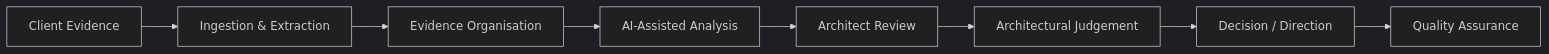
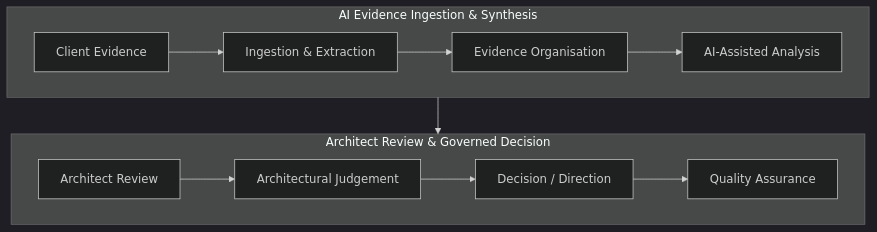
The eighth of 11 diagrams in docs/sop/index.md (avfranco-br/portfolio), drawn with Mermaid (dark theme) before and after one commit. The commit also changed other lines of this file and 9 other files, not shown here.

Commit message:
[Spec Kit] Refactor Mermaid diagrams for legibility and add responsive container styling

````diff
--- a/docs/sop/index.md
+++ b/docs/sop/index.md
@@ -509,18 +514,18 @@
 ```mermaid
-flowchart LR
-    E["Client Evidence"]
-    I["Ingestion & Extraction"]
-    O["Evidence Organisation"]
-    A["AI-Assisted Analysis"]
-    H["Architect Review"]
-    J["Architectural Judgement"]
-    D["Decision / Direction"]
-    Q["Quality Assurance"]
-    E --> I
-    I --> O
-    O --> A
+flowchart TD
+    subgraph AI_Synthesis["AI Evidence Ingestion & Synthesis"]
+        direction LR
+        E["Client Evidence"] --> I["Ingestion & Extraction"]
+        I --> O["Evidence Organisation"]
+        O --> A["AI-Assisted Analysis"]
+    end
+
+    subgraph Architect_Gov["Architect Review & Governed Decision"]
+        direction LR
+        H["Architect Review"] --> J["Architectural Judgement"]
+        J --> D["Decision / Direction"]
+        D --> Q["Quality Assurance"]
+    end
+
     A --> H
-    H --> J
-    J --> D
-    D --> Q
 ```
````
